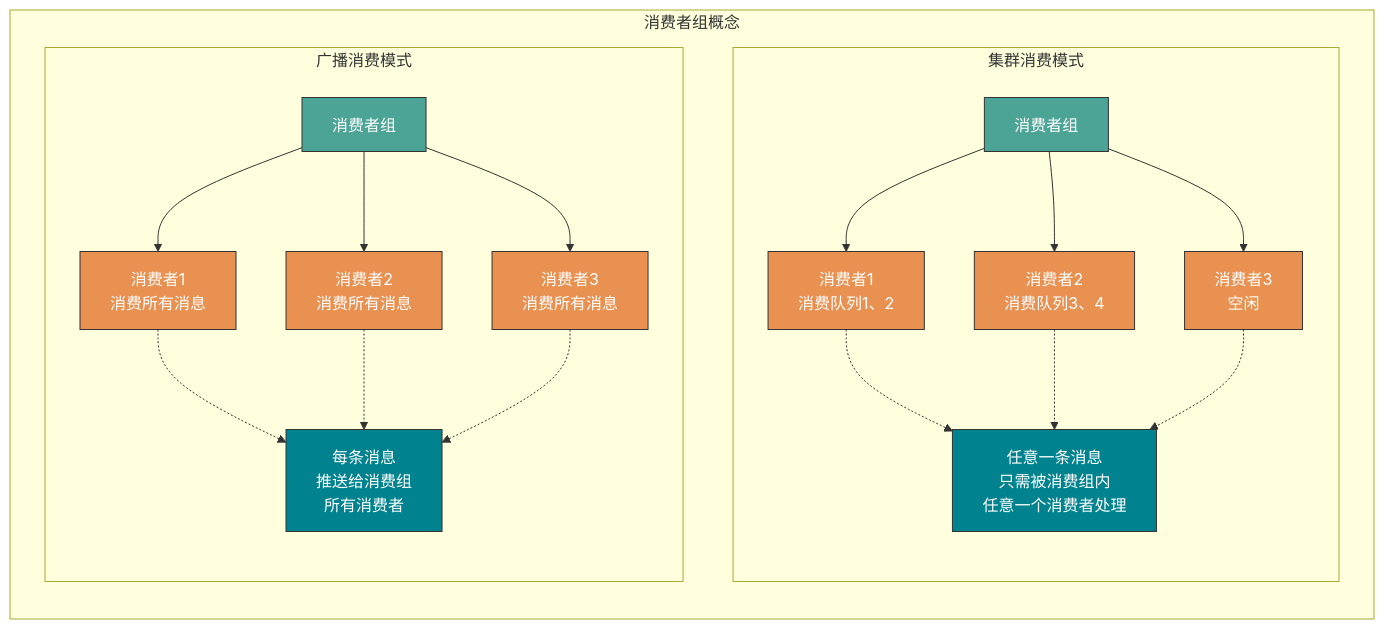
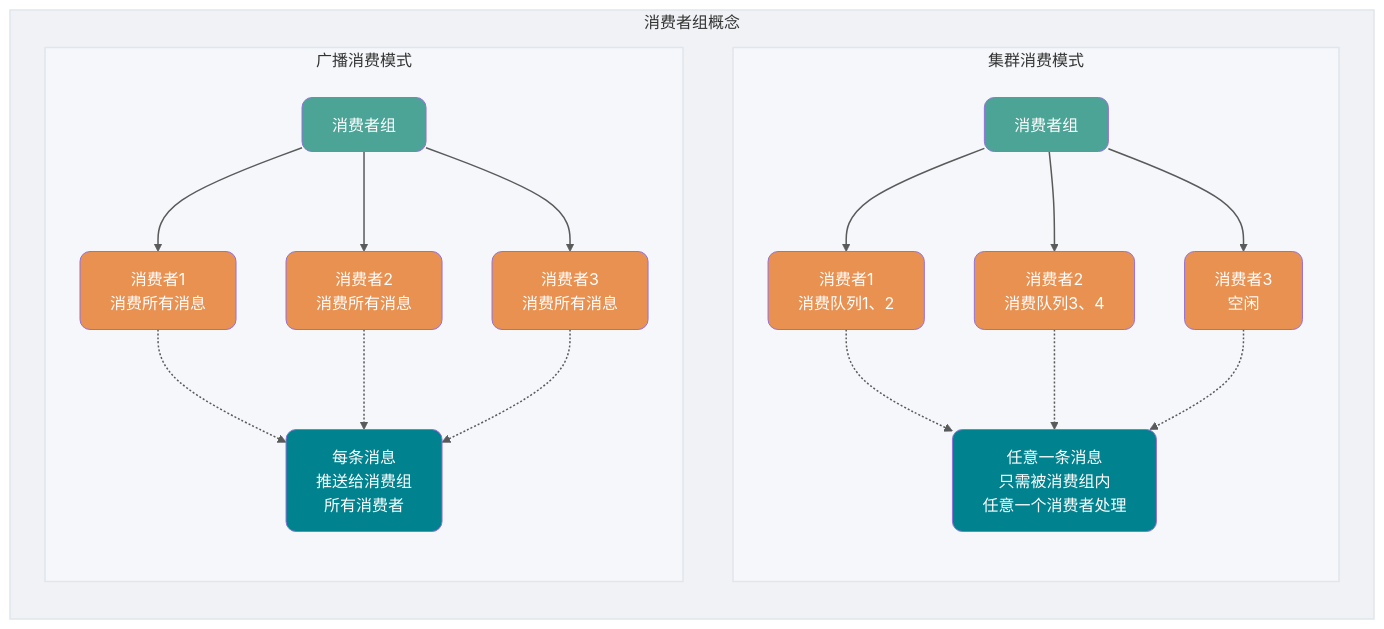
One commit to Snailclimb/JavaGuide changed diagram 13 of 13 in docs/high-performance/message-queue/rocketmq-questions.md. Above: the diagram before and after it, drawn with Mermaid. The commit also changed other lines of this file and 7 other files, not shown here.

Commit message:
docs：mermaid 配图样式优化

````diff
--- a/docs/high-performance/message-queue/rocketmq-questions.md
+++ b/docs/high-performance/message-queue/rocketmq-questions.md
@@ -1130,44 +1205,43 @@
 ```mermaid
 flowchart TB
     subgraph ConsumerGroup["消费者组概念"]
         direction TB
+        style ConsumerGroup fill:#F0F2F5,stroke:#E0E6ED,stroke-width:1.5px
 
         subgraph Cluster["集群消费模式"]
             direction TB
+            style Cluster fill:#F5F7FA,stroke:#E0E6ED,stroke-width:1.5px
             CG["消费者组"] --> C1["消费者1<br/>消费队列1、2"]
             CG --> C2["消费者2<br/>消费队列3、4"]
             CG --> C3["消费者3<br/>空闲"]
             Note1["任意一条消息<br/>只需被消费组内<br/>任意一个消费者处理"]
         end
 
         subgraph Broadcast["广播消费模式"]
             direction TB
+            style Broadcast fill:#F5F7FA,stroke:#E0E6ED,stroke-width:1.5px
             BG["消费者组"] --> B1["消费者1<br/>消费所有消息"]
             BG --> B2["消费者2<br/>消费所有消息"]
             BG --> B3["消费者3<br/>消费所有消息"]
             Note2["每条消息<br/>推送给消费组<br/>所有消费者"]
         end
 
         %% 优化：调整注释连线，避免跨子图渲染异常
         C1 -.-> Note1
         C2 -.-> Note1
         C3 -.-> Note1
         B1 -.-> Note2
         B2 -.-> Note2
         B3 -.-> Note2
     end
 
-    %% 优化：拆分批量样式，提升兼容性，统一边框宽度
-    style CG fill:#4CA497,stroke:#333,color:#fff,stroke-width:1px
-    style BG fill:#4CA497,stroke:#333,color:#fff,stroke-width:1px
+    classDef cg fill:#4CA497,color:#fff,rx:10,ry:10
+    classDef consumer fill:#E99151,color:#fff,rx:10,ry:10
+    classDef note fill:#00838F,color:#fff,rx:10,ry:10
 
-    style C1 fill:#E99151,stroke:#333,color:#fff,stroke-width:1px
-    style C2 fill:#E99151,stroke:#333,color:#fff,stroke-width:1px
-    style C3 fill:#E99151,stroke:#333,color:#fff,stroke-width:1px
-    style B1 fill:#E99151,stroke:#333,color:#fff,stroke-width:1px
-    style B2 fill:#E99151,stroke:#333,color:#fff,stroke-width:1px
-    style B3 fill:#E99151,stroke:#333,color:#fff,stroke-width:1px
+    class CG,BG cg
+    class C1,C2,C3,B1,B2,B3 consumer
+    class Note1,Note2 note
 
-    style Note1 fill:#00838F,stroke:#333,color:#fff,stroke-width:1px
-    style Note2 fill:#00838F,stroke:#333,color:#fff,stroke-width:1px
+    linkStyle default stroke-width:1.5px,opacity:0.8
 ```
````
